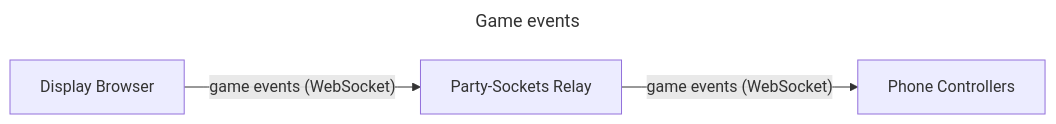
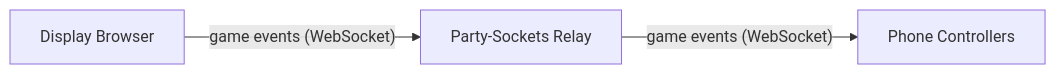
One commit to tim4724/HexStacker-Party changed the first of 2 diagrams in README.md. Above: the diagram before and after it, drawn with Mermaid. The commit also changed other lines of this file, not shown here.

First line of the commit message:
docs(readme): simplify overview, architecture, and features

````diff
--- a/README.md
+++ b/README.md
@@ -17,8 +19,5 @@
 ```mermaid
----
-title: Game events
----
 graph LR
     D[Display Browser] -- "game events (WebSocket)" --> R[Party-Sockets Relay]
     R -- "game events (WebSocket)" --> P[Phone Controllers]
 ```
````
